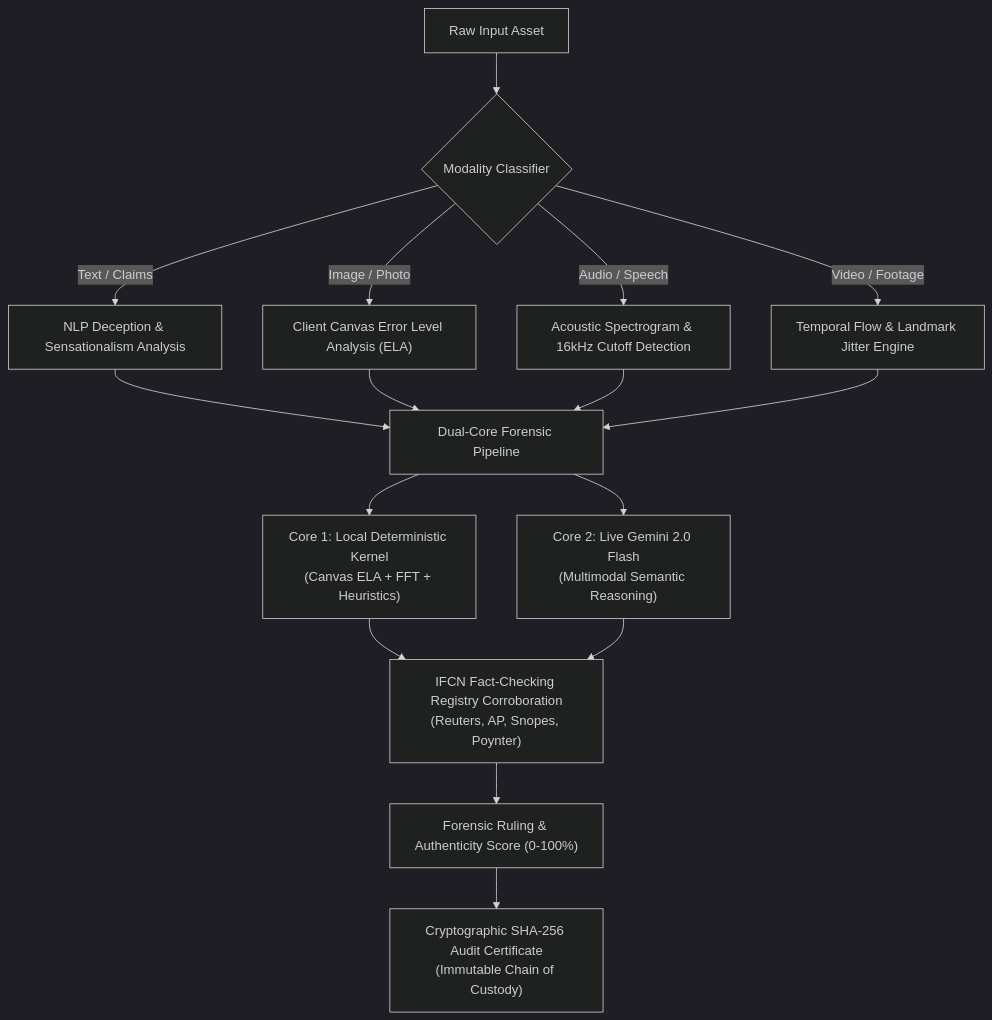
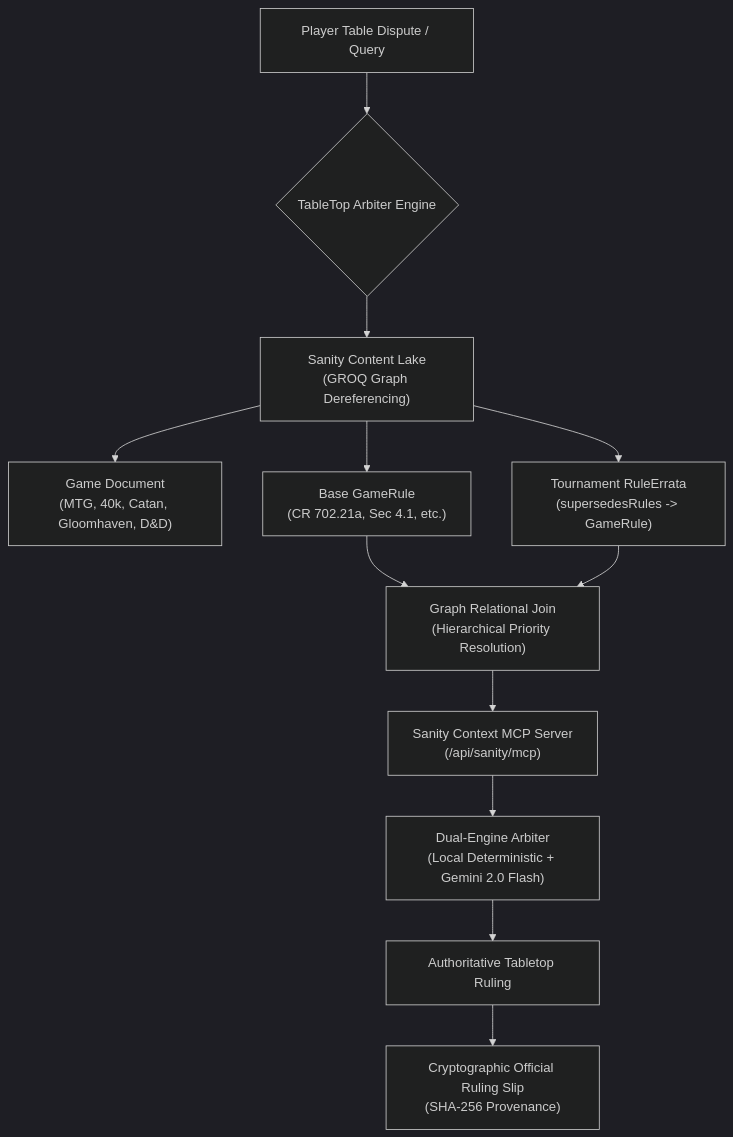
Before and after one commit to Ayushgupta1715/tabletop-arbiter: the diagram in README.md, drawn with Mermaid (dark theme). The commit also changed other lines of this file and 38 other files, not shown here.

Commit message:
feat: TableTop Arbiter - Sanity Context MCP tournament rules engine with 3D UI

````diff
--- a/README.md
+++ b/README.md
@@ -21,23 +24,18 @@
 ```mermaid
 flowchart TD
-    A["Raw Input Asset"] --> B{"Modality Classifier"}
+    User["Player Table Dispute / Query"] --> Hub{"TableTop Arbiter Engine"}
     
-    B -->|"Text / Claims"| C["NLP Deception & Sensationalism Analysis"]
-    B -->|"Image / Photo"| D["Client Canvas Error Level Analysis (ELA)"]
-    B -->|"Audio / Speech"| E["Acoustic Spectrogram & 16kHz Cutoff Detection"]
-    B -->|"Video / Footage"| F["Temporal Flow & Landmark Jitter Engine"]
+    Hub --> GROQ["Sanity Content Lake\n(GROQ Graph Dereferencing)"]
+    GROQ --> Schema1["Game Document\n(MTG, 40k, Catan, Gloomhaven, D&D)"]
+    GROQ --> Schema2["Base GameRule\n(CR 702.21a, Sec 4.1, etc.)"]
+    GROQ --> Schema3["Tournament RuleErrata\n(supersedesRules -> GameRule)"]
     
-    C --> G["Dual-Core Forensic Pipeline"]
-    D --> G
-    E --> G
-    F --> G
+    Schema2 --> Join["Graph Relational Join\n(Hierarchical Priority Resolution)"]
+    Schema3 --> Join
     
-    G --> H["Core 1: Local Deterministic Kernel\n(Canvas ELA + FFT + Heuristics)"]
-    G --> I["Core 2: Live Gemini 2.0 Flash\n(Multimodal Semantic Reasoning)"]
+    Join --> MCP["Sanity Context MCP Server\n(/api/sanity/mcp)"]
+    MCP --> Copilot["Dual-Engine Arbiter\n(Local Deterministic + Gemini 2.0 Flash)"]
     
-    H --> J["IFCN Fact-Checking Registry Corroboration\n(Reuters, AP, Snopes, Poynter)"]
-    I --> J
-    
-    J --> K["Forensic Ruling & Authenticity Score (0-100%)"]
-    K --> L["Cryptographic SHA-256 Audit Certificate\n(Immutable Chain of Custody)"]
+    Copilot --> Verdict["Authoritative Tabletop Ruling"]
+    Verdict --> Slip["Cryptographic Official Ruling Slip\n(SHA-256 Provenance)"]
 ```
````
